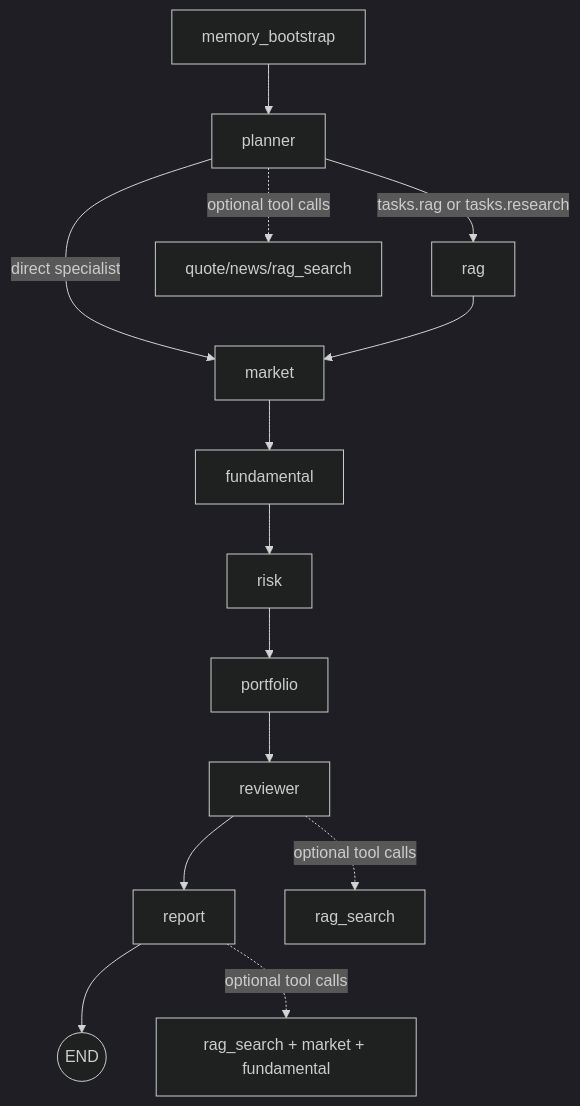
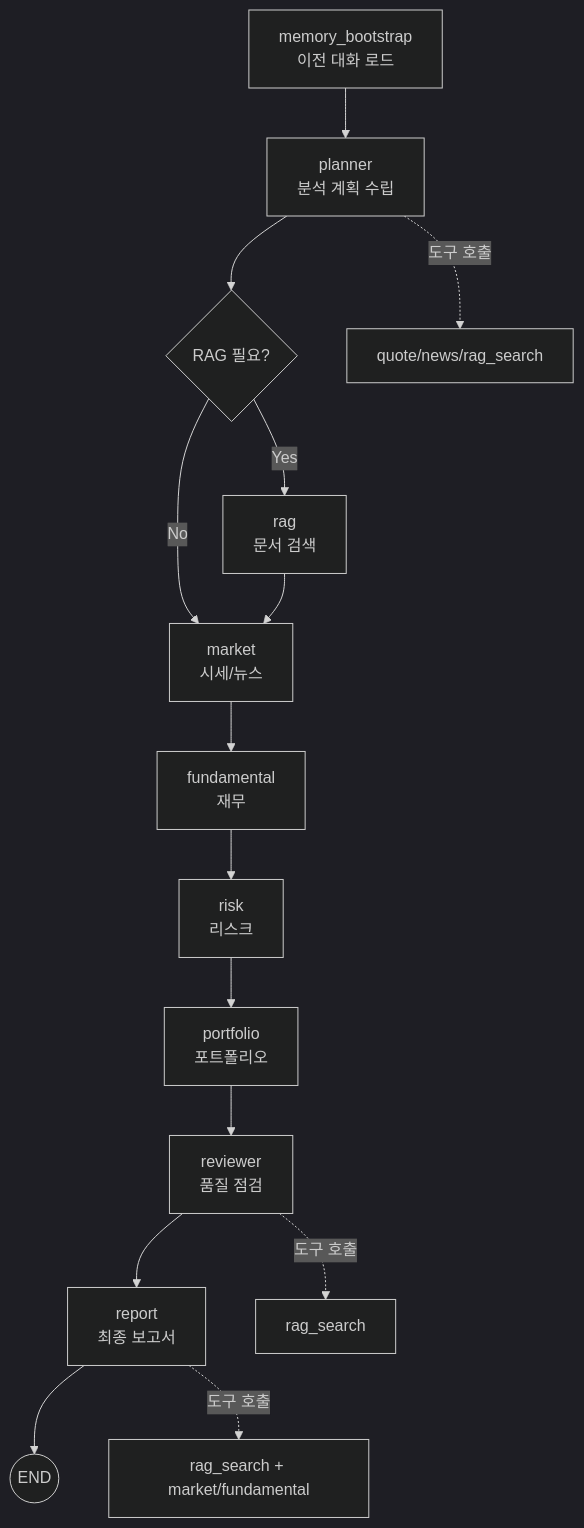
The third of 4 diagrams in docs/design.md (sebastiaok/InvestAI), drawn with Mermaid (dark theme) before and after one commit. The commit also changed other lines of this file, not shown here.

````diff
--- a/docs/design.md
+++ b/docs/design.md
@@ -415,17 +420,18 @@
 ```mermaid
 flowchart TD
-    M[memory_bootstrap] --> P[planner]
-    P -->|tasks.rag or tasks.research| R[rag]
-    P -->|direct specialist| MK[market]
-    R --> MK
-    MK --> F[fundamental]
-    F --> RK[risk]
-    RK --> PF[portfolio]
-    PF --> RV[reviewer]
-    RV --> RP[report]
+    M[memory_bootstrap<br/>이전 대화 로드] --> P[planner<br/>분석 계획 수립]
+    P --> D{RAG 필요?}
+    D -->|Yes| R[rag<br/>문서 검색]
+    D -->|No| MK[market]
+    R --> MK[market<br/>시세/뉴스]
+    MK --> F[fundamental<br/>재무]
+    F --> RK[risk<br/>리스크]
+    RK --> PF[portfolio<br/>포트폴리오]
+    PF --> RV[reviewer<br/>품질 점검]
+    RV --> RP[report<br/>최종 보고서]
     RP --> END((END))
 
-    P -.optional tool calls.-> T1[quote/news/rag_search]
-    RV -.optional tool calls.-> T2[rag_search]
-    RP -.optional tool calls.-> T3[rag_search + market + fundamental]
+    P -.도구 호출.-> T1[quote/news/rag_search]
+    RV -.도구 호출.-> T2[rag_search]
+    RP -.도구 호출.-> T3[rag_search + market/fundamental]
 ```
````
